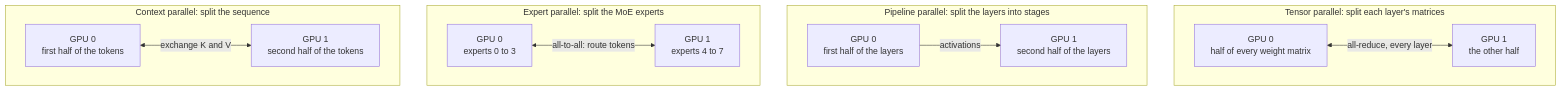
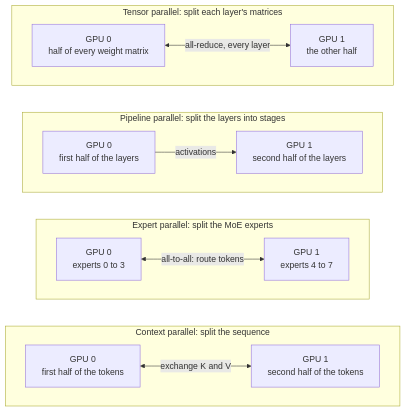
Before and after one commit to AkbarSheikh-debug/inference-engineering: the diagram in diagrams/src/d09-parallelism.mmd, drawn with Mermaid. The commit also changed 43 other files, not shown here.

```diff
--- a/diagrams/src/d09-parallelism.mmd
+++ b/diagrams/src/d09-parallelism.mmd
@@ -1,14 +1,17 @@
 %% title: Four ways to split a model across GPUs
 flowchart TB
     subgraph TP["Tensor parallel: split each layer's matrices"]
         t1["GPU 0<br/>half of every weight matrix"] <-->|"all-reduce, every layer"| t2["GPU 1<br/>the other half"]
     end
     subgraph PP["Pipeline parallel: split the layers into stages"]
         p1["GPU 0<br/>first half of the layers"] -->|"activations"| p2["GPU 1<br/>second half of the layers"]
     end
     subgraph EP["Expert parallel: split the MoE experts"]
         e1["GPU 0<br/>experts 0 to 3"] <-->|"all-to-all: route tokens"| e2["GPU 1<br/>experts 4 to 7"]
     end
     subgraph CP["Context parallel: split the sequence"]
         c1["GPU 0<br/>first half of the tokens"] <-->|"exchange K and V"| c2["GPU 1<br/>second half of the tokens"]
     end
+    TP ~~~ PP
+    PP ~~~ EP
+    EP ~~~ CP
```
